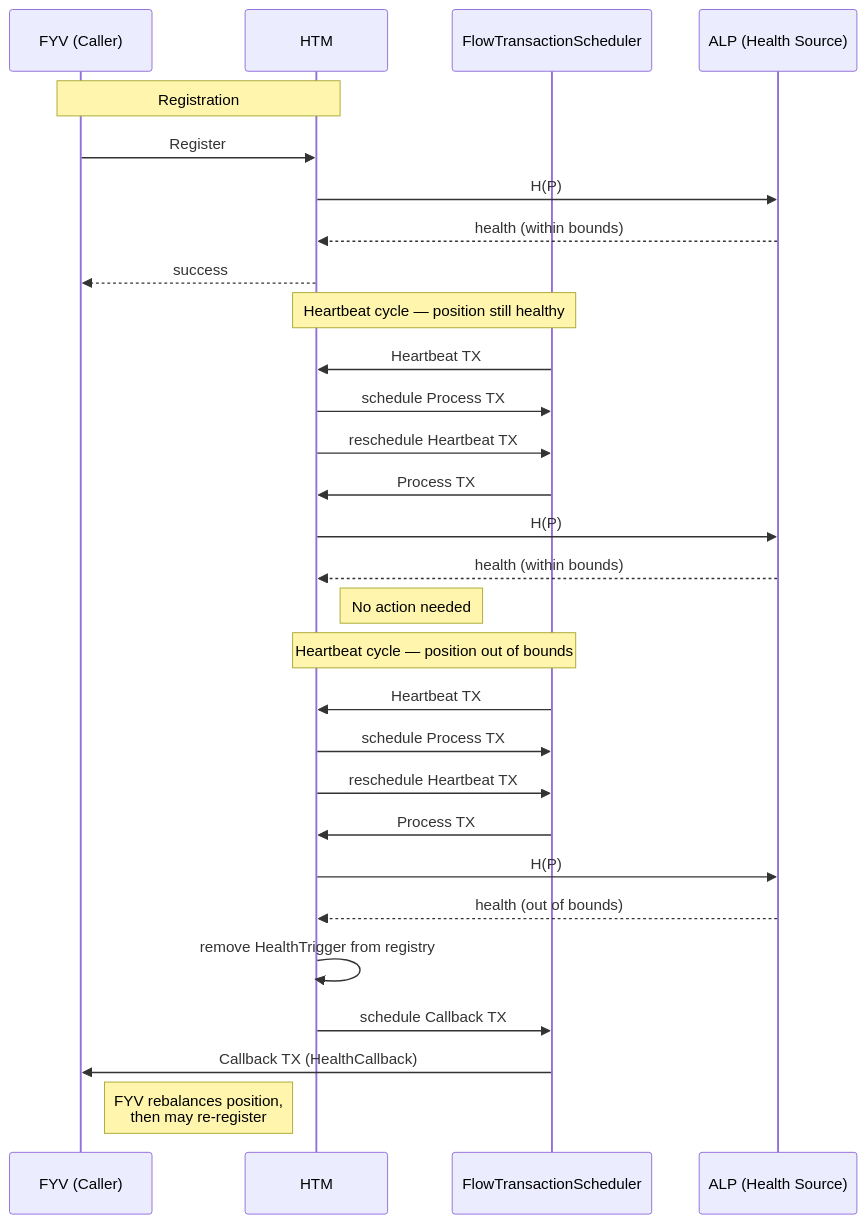
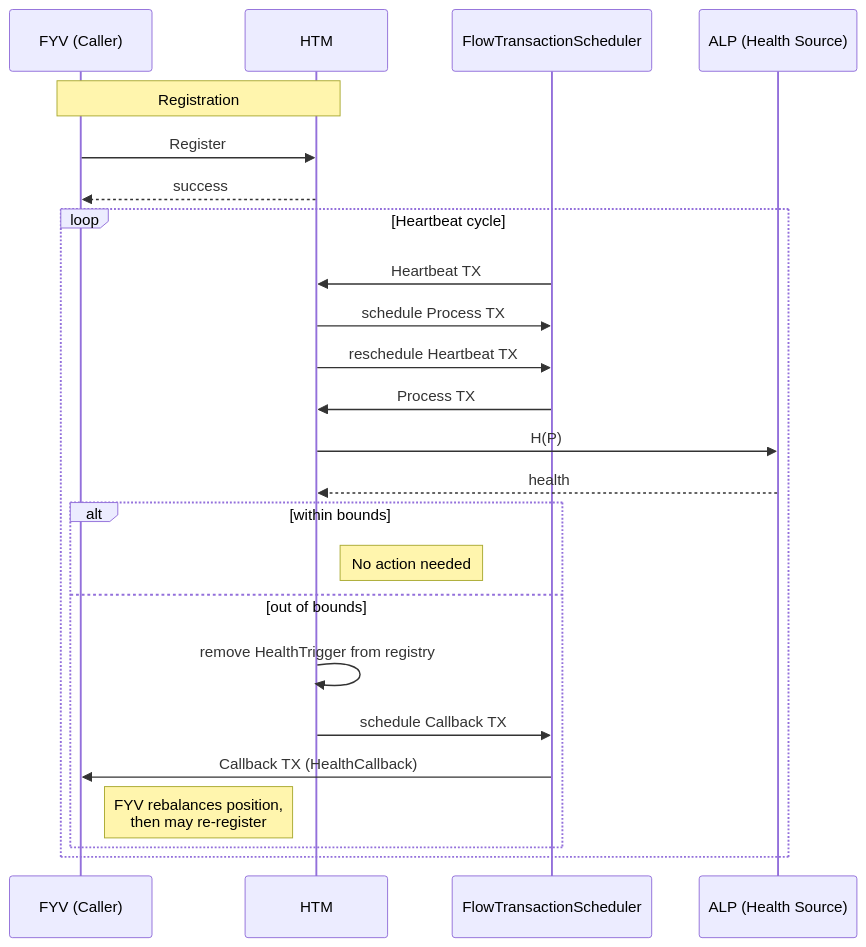
The first of 2 diagrams in docs/health-trigger-manager.md (onflow/flow-credit-markets-old), drawn with Mermaid before and after one commit. The commit also changed other lines of this file, not shown here.

Commit message:
spec: HTM - address review comments

````diff
--- a/docs/health-trigger-manager.md
+++ b/docs/health-trigger-manager.md
@@ -13,35 +13,29 @@
 ```mermaid
 sequenceDiagram
     participant FYV as FYV (Caller)
     participant HTM as HTM
     participant Scheduler as FlowTransactionScheduler
     participant ALP as ALP (Health Source)
 
     Note over FYV, HTM: Registration
     FYV->>HTM: Register
-    HTM->>ALP: H(P)
-    ALP-->>HTM: health (within bounds)
     HTM-->>FYV: success
 
-    Note over Scheduler, HTM: Heartbeat cycle — position still healthy
-    Scheduler->>HTM: Heartbeat TX
-    HTM->>Scheduler: schedule Process TX
-    HTM->>Scheduler: reschedule Heartbeat TX
-    Scheduler->>HTM: Process TX
-    HTM->>ALP: H(P)
-    ALP-->>HTM: health (within bounds)
-    Note right of HTM: No action needed
+    loop Heartbeat cycle
+        Scheduler->>HTM: Heartbeat TX
+        HTM->>Scheduler: schedule Process TX
+        HTM->>Scheduler: reschedule Heartbeat TX
+        Scheduler->>HTM: Process TX
+        HTM->>ALP: H(P)
+        ALP-->>HTM: health
 
-    Note over Scheduler, HTM: Heartbeat cycle — position out of bounds
-    Scheduler->>HTM: Heartbeat TX
-    HTM->>Scheduler: schedule Process TX
-    HTM->>Scheduler: reschedule Heartbeat TX
-    Scheduler->>HTM: Process TX
-    HTM->>ALP: H(P)
-    ALP-->>HTM: health (out of bounds)
-    HTM->>HTM: remove HealthTrigger from registry
-    HTM->>Scheduler: schedule Callback TX
-    Scheduler->>FYV: Callback TX (HealthCallback)
-    Note right of FYV: FYV rebalances position,<br/>then may re-register
-
+        alt within bounds
+            Note right of HTM: No action needed
+        else out of bounds
+            HTM->>HTM: remove HealthTrigger from registry
+            HTM->>Scheduler: schedule Callback TX
+            Scheduler->>FYV: Callback TX (HealthCallback)
+            Note right of FYV: FYV rebalances position,<br/>then may re-register
+        end
+    end
 ```
````
